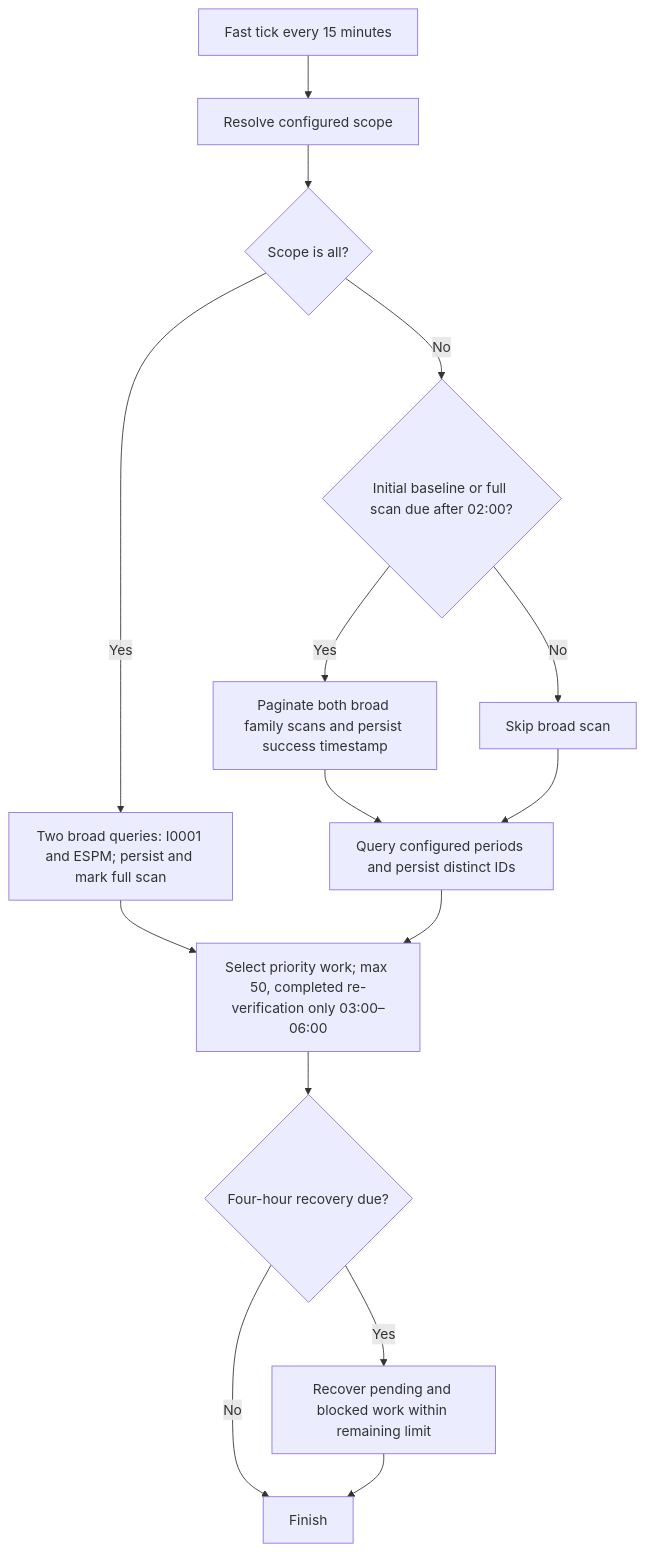
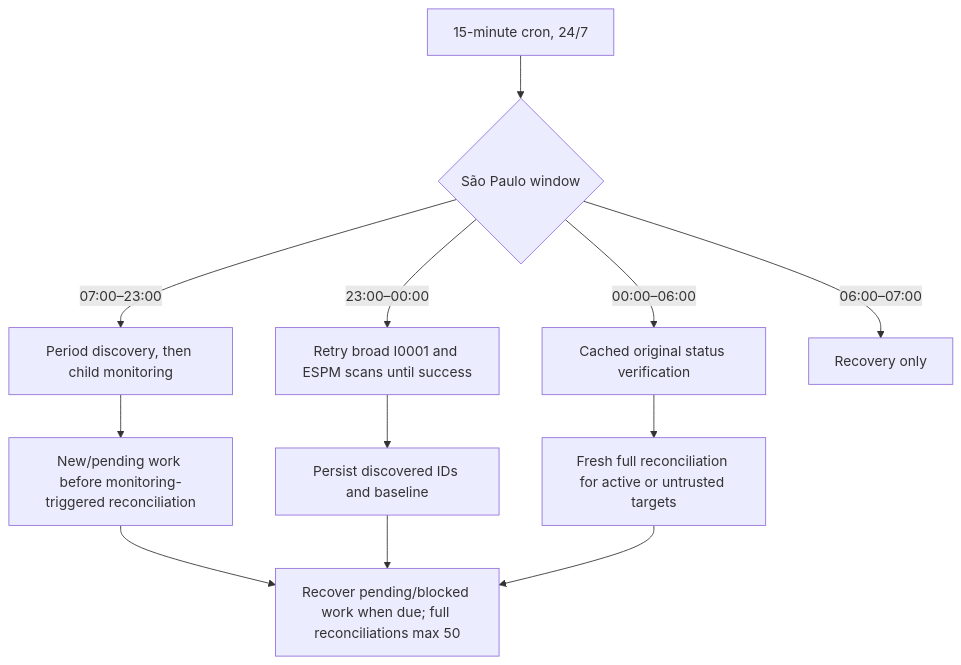
The diagram in TECHNICAL.md (lmssandbox-dev/section-association-fix), drawn with Mermaid before and after one commit. The commit also changed other lines of this file and 15 other files, not shown here.

````diff
--- a/TECHNICAL.md
+++ b/TECHNICAL.md
@@ -54,17 +58,14 @@
 ```mermaid
 flowchart TD
-  A[Fast tick every 15 minutes] --> B[Resolve configured scope]
-  B --> C{Scope is all?}
-  C -- Yes --> D[Two broad queries: I0001 and ESPM; persist and mark full scan]
-  C -- No --> E{Initial baseline or full scan due after 02:00?}
-  E -- Yes --> F[Paginate both broad family scans and persist success timestamp]
-  E -- No --> G[Skip broad scan]
-  F --> H[Query configured periods and persist distinct IDs]
-  G --> H
-  D --> I[Select priority work; max 50, completed re-verification only 03:00–06:00]
-  H --> I
-  I --> J{Four-hour recovery due?}
-  J -- Yes --> K[Recover pending and blocked work within remaining limit]
-  J -- No --> L[Finish]
-  K --> L
+  A[15-minute cron, 24/7] --> B{São Paulo window}
+  B -- 07:00–23:00 --> C[Period discovery, then child monitoring]
+  B -- 23:00–00:00 --> D[Retry broad I0001 and ESPM scans until success]
+  B -- 00:00–06:00 --> E[Cached original status verification]
+  B -- 06:00–07:00 --> F[Recovery only]
+  C --> G[New/pending work before monitoring-triggered reconciliation]
+  D --> H[Persist discovered IDs and baseline]
+  E --> I[Fresh full reconciliation for active or untrusted targets]
+  G --> J[Recover pending/blocked work when due; full reconciliations max 50]
+  H --> J
+  I --> J
 ```
````
